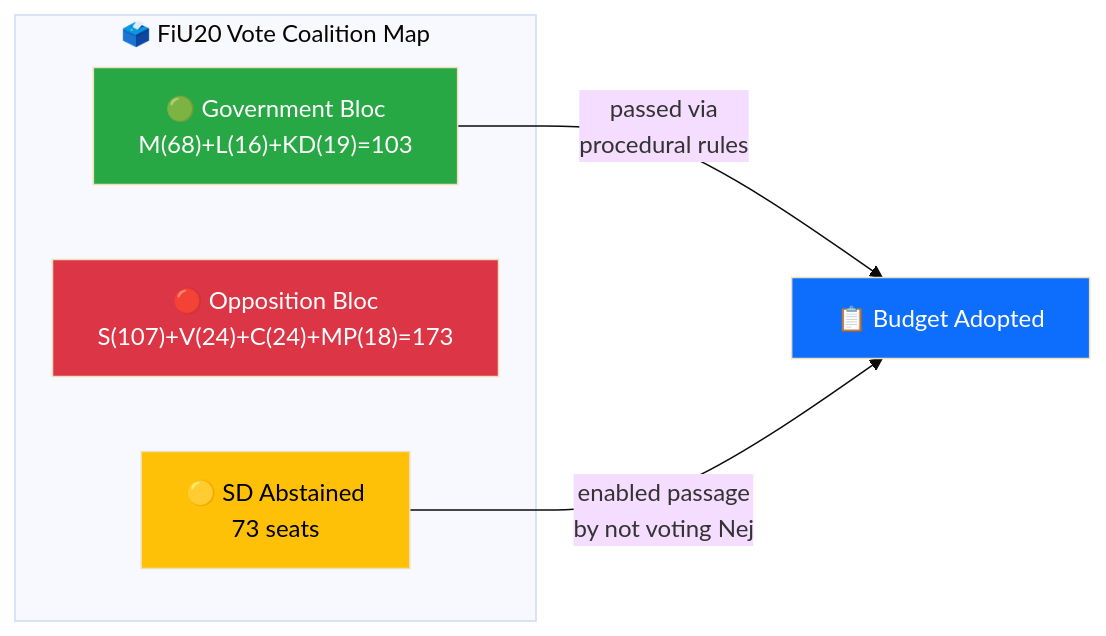
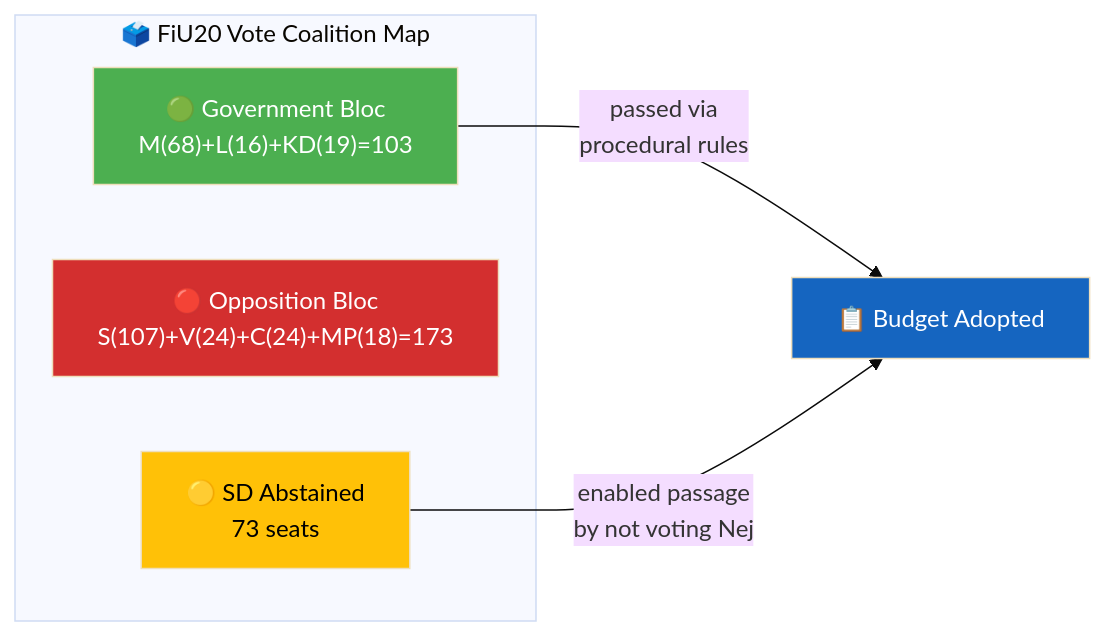
The eighth of 11 diagrams in analysis/methodologies/ai-driven-analysis-guide.md (Hack23/riksdagsmonitor), drawn with Mermaid (base theme) before and after one commit. The commit also changed other lines of this file and 14 other files, not shown here.

First line of the commit message:
Align analysis/ mermaid diagrams with ISMS Style Guide palette and convert SWOT to quadrantChart

````diff
--- a/analysis/methodologies/ai-driven-analysis-guide.md
+++ b/analysis/methodologies/ai-driven-analysis-guide.md
@@ -957,16 +964,16 @@
 ```mermaid
 graph LR
     subgraph "🗳️ FiU20 Vote Coalition Map"
         GOV["🟢 Government Bloc<br/>M(68)+L(16)+KD(19)=103"]
         OPP["🔴 Opposition Bloc<br/>S(107)+V(24)+C(24)+MP(18)=173"]
         SWI["🟡 SD Abstained<br/>73 seats"]
     end
 
     GOV -->|"passed via<br/>procedural rules"| RESULT["📋 Budget Adopted"]
     SWI -->|"enabled passage<br/>by not voting Nej"| RESULT
 
-    style GOV fill:#28a745,color:#fff
-    style OPP fill:#dc3545,color:#fff
-    style SWI fill:#ffc107,color:#000
-    style RESULT fill:#0d6efd,color:#fff
+    style GOV fill:#4CAF50,color:#FFFFFF
+    style OPP fill:#D32F2F,color:#FFFFFF
+    style SWI fill:#FFC107,color:#000000
+    style RESULT fill:#1565C0,color:#FFFFFF
 ```
````
